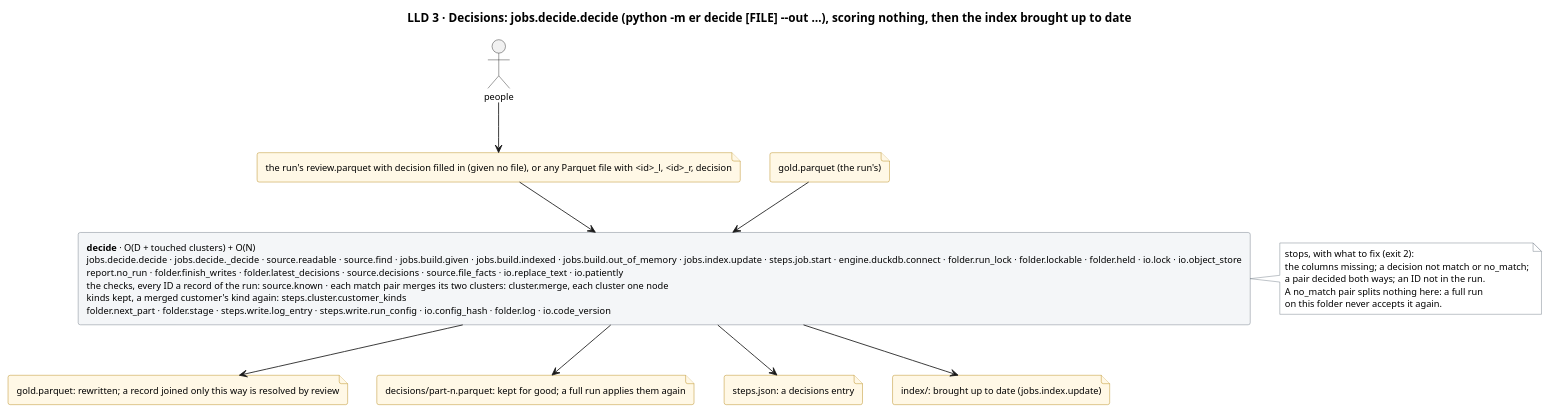
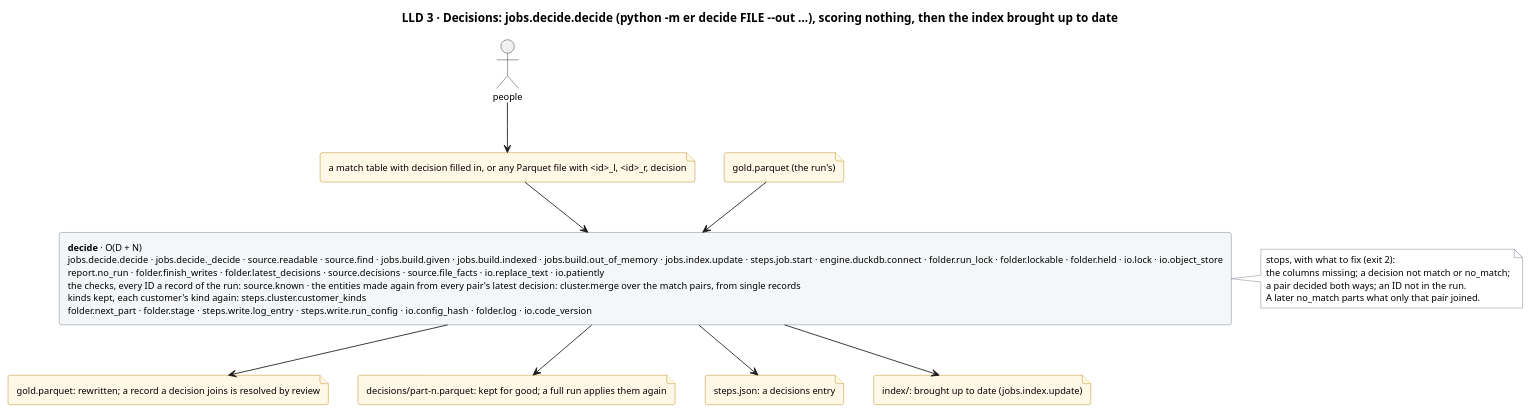
The diagram in docs/diagrams/decisions.puml (mvsbm/entity_matching), drawn with PlantUML before and after one commit. The commit also changed 57 other files, not shown here.

```diff
--- a/docs/diagrams/decisions.puml
+++ b/docs/diagrams/decisions.puml
@@ -1,43 +1,42 @@
 @startuml decisions
-title LLD 3 · Decisions: jobs.decide.decide (python -m er decide [FILE] ~--out …), scoring nothing, then the index brought up to date
+title LLD 3 · Decisions: jobs.decide.decide (python -m er decide FILE ~--out …), scoring nothing, then the index brought up to date
 skinparam defaultFontSize 11
 skinparam rectangle {
   BackgroundColor #F4F6F8
   BorderColor #65717E
 }
 skinparam file {
   BackgroundColor #FFF8E6
   BorderColor #B07D00
 }
 skinparam note {
   BackgroundColor #FFFFFF
   BorderColor #65717E
 }
 
 actor "people" as people
-file "the run's review.parquet with decision filled in (given no file), or any Parquet file with <id>_l, <id>_r, decision" as f_decided
+file "a match table with decision filled in, or any Parquet file with <id>_l, <id>_r, decision" as f_decided
 file "gold.parquet (the run's)" as f_gold_in
 
-rectangle "<b>decide</b> · O(D + touched clusters) + O(N)\njobs.decide.decide · jobs.decide._decide · source.readable · source.find · jobs.build.given · jobs.build.indexed · jobs.build.out_of_memory · jobs.index.update · steps.job.start · engine.duckdb.connect · folder.run_lock · folder.lockable · folder.held · io.lock · io.object_store\nreport.no_run · folder.finish_writes · folder.latest_decisions · source.decisions · source.file_facts · io.replace_text · io.patiently\nthe checks, every ID a record of the run: source.known · each match pair merges its two clusters: cluster.merge, each cluster one node\nkinds kept, a merged customer's kind again: steps.cluster.customer_kinds\nfolder.next_part · folder.stage · steps.write.log_entry · steps.write.run_config · io.config_hash · folder.log · io.code_version" as decide
+rectangle "<b>decide</b> · O(D + N)\njobs.decide.decide · jobs.decide._decide · source.readable · source.find · jobs.build.given · jobs.build.indexed · jobs.build.out_of_memory · jobs.index.update · steps.job.start · engine.duckdb.connect · folder.run_lock · folder.lockable · folder.held · io.lock · io.object_store\nreport.no_run · folder.finish_writes · folder.latest_decisions · source.decisions · source.file_facts · io.replace_text · io.patiently\nthe checks, every ID a record of the run: source.known · the entities made again from every pair's latest decision: cluster.merge over the match pairs, from single records\nkinds kept, each customer's kind again: steps.cluster.customer_kinds\nfolder.next_part · folder.stage · steps.write.log_entry · steps.write.run_config · io.config_hash · folder.log · io.code_version" as decide
 
 note right of decide
   stops, with what to fix (exit 2):
   the columns missing; a decision not match or no_match;
   a pair decided both ways; an ID not in the run.
-  A no_match pair splits nothing here: a full run
-  on this folder never accepts it again.
+  A later no_match parts what only that pair joined.
 end note
 
-file "gold.parquet: rewritten; a record joined only this way is resolved by review" as f_gold_out
+file "gold.parquet: rewritten; a record a decision joins is resolved by review" as f_gold_out
 file "decisions/part-n.parquet: kept for good; a full run applies them again" as f_kept
 file "steps.json: a decisions entry" as f_steps
 file "index/: brought up to date (jobs.index.update)" as f_index
 
 people --> f_decided
 f_decided --> decide
 f_gold_in --> decide
 decide --> f_gold_out
 decide --> f_kept
 decide --> f_steps
 decide --> f_index
 @enduml
```
